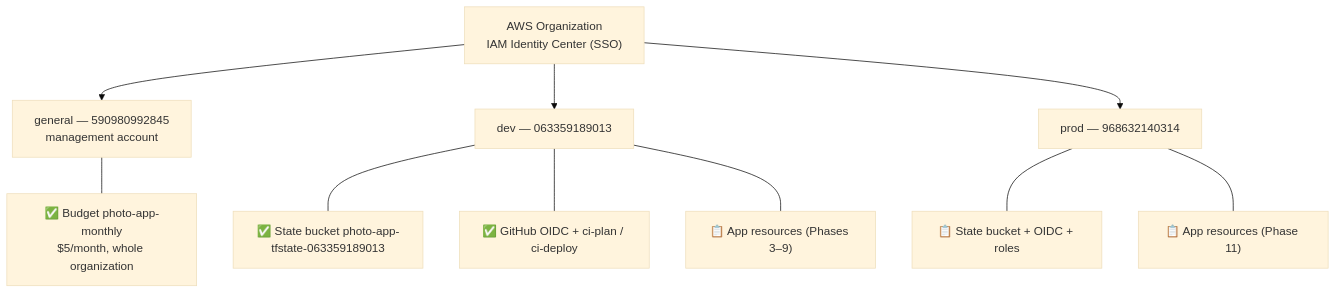
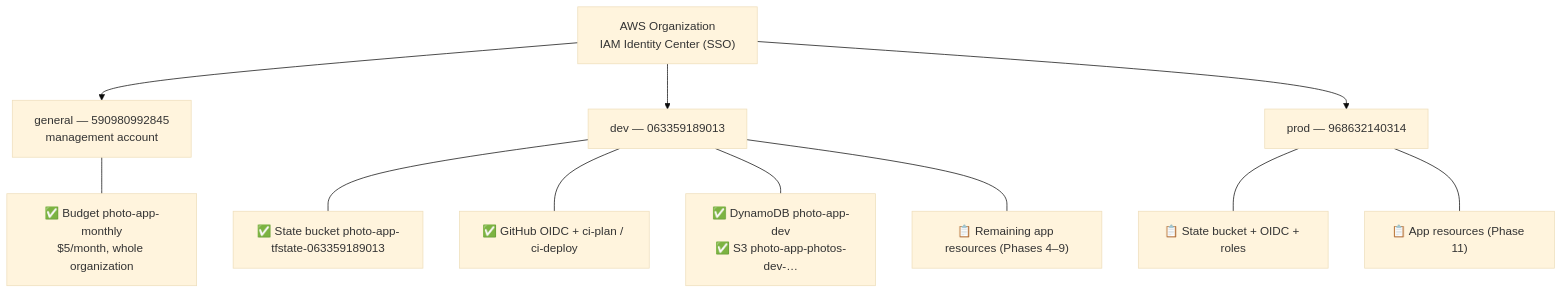
The second of 6 diagrams in ARCHITECTURE.md (EdgarA28/Photo-app), drawn with Mermaid (base theme) before and after one commit. The commit also changed other lines of this file and 26 other files, not shown here.

````diff
--- a/ARCHITECTURE.md
+++ b/ARCHITECTURE.md
@@ -170,14 +172,15 @@
 ```mermaid
 flowchart TB
   ORG["AWS Organization<br/>IAM Identity Center (SSO)"]
   ORG --> MGMT["general — 590980992845<br/>management account"]
   ORG --> DEV["dev — 063359189013"]
   ORG --> PROD["prod — 968632140314"]
 
   MGMT --- B["✅ Budget photo-app-monthly<br/>$5/month, whole organization"]
   DEV --- DS["✅ State bucket photo-app-tfstate-063359189013"]
   DEV --- DO["✅ GitHub OIDC + ci-plan / ci-deploy"]
-  DEV --- DA["📋 App resources (Phases 3–9)"]
+  DEV --- DD["✅ DynamoDB photo-app-dev<br/>✅ S3 photo-app-photos-dev-…"]
+  DEV --- DA["📋 Remaining app resources (Phases 4–9)"]
   PROD --- PS["📋 State bucket + OIDC + roles"]
   PROD --- PA["📋 App resources (Phase 11)"]
 ```
````
